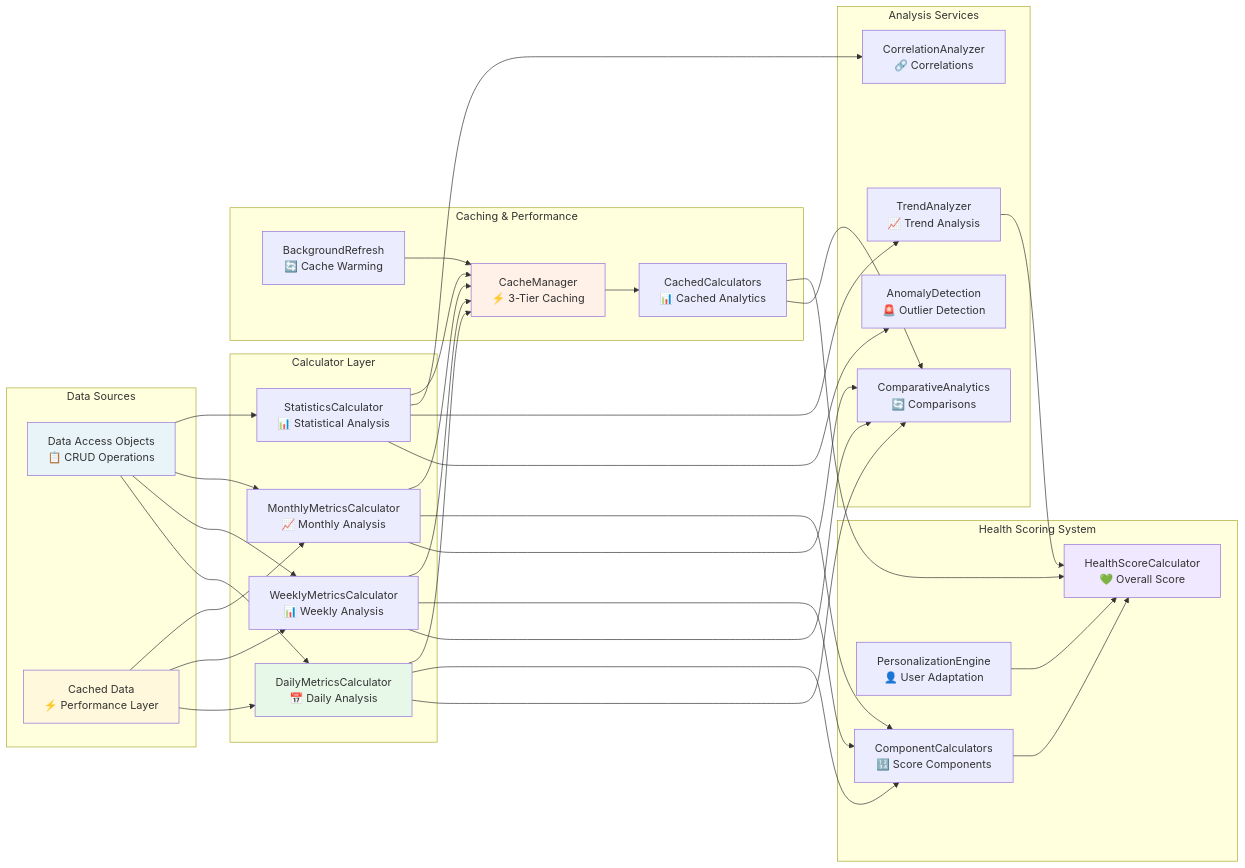
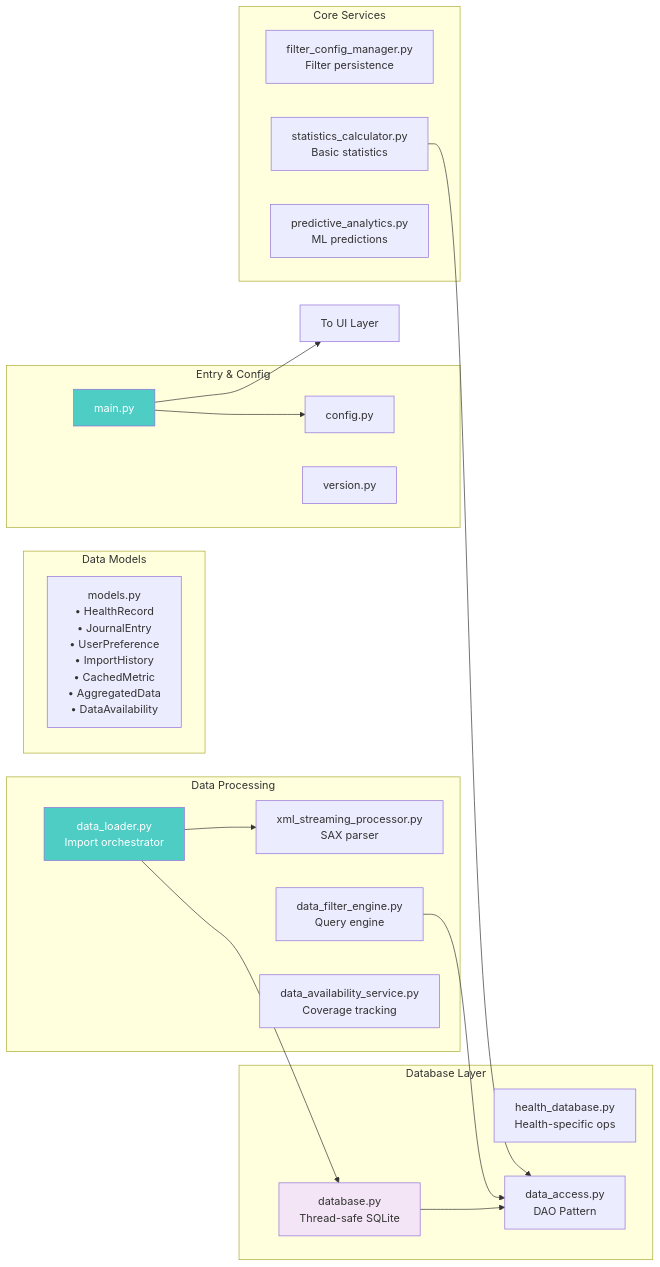
The second of 5 diagrams in docs/architecture/module_overview.md (AlexFiliakov/iQuest), drawn with Mermaid before and after one commit. The commit also changed other lines of this file and 7 other files, not shown here.

First line of the commit message:
docs: add comprehensive mermaid architecture diagrams

````diff
--- a/docs/architecture/module_overview.md
+++ b/docs/architecture/module_overview.md
@@ -165,81 +96,43 @@
 ```mermaid
 flowchart LR
-    subgraph "Data Sources"
-        DAO[Data Access Objects<br/>📋 CRUD Operations]
-        CACHE_DB[Cached Data<br/>⚡ Performance Layer]
+    subgraph "Entry & Config"
+        MAIN[main.py]
+        CONFIG[config.py]
+        VERSION[version.py]
     end
     
-    subgraph "Calculator Layer"
-        DAILY_CALC[DailyMetricsCalculator<br/>📅 Daily Analysis]
-        WEEKLY_CALC[WeeklyMetricsCalculator<br/>📊 Weekly Analysis]
-        MONTHLY_CALC[MonthlyMetricsCalculator<br/>📈 Monthly Analysis]
-        STATS_CALC[StatisticsCalculator<br/>📊 Statistical Analysis]
+    subgraph "Data Models"
+        MODELS[models.py<br/>• HealthRecord<br/>• JournalEntry<br/>• UserPreference<br/>• ImportHistory<br/>• CachedMetric<br/>• AggregatedData<br/>• DataAvailability]
     end
     
-    subgraph "Analysis Services"
-        COMP_ANALYTICS[ComparativeAnalytics<br/>🔄 Comparisons]
-        ANOM_DETECT[AnomalyDetection<br/>🚨 Outlier Detection]
-        TREND_ANALYZER[TrendAnalyzer<br/>📈 Trend Analysis]
-        CORR_ANALYZER[CorrelationAnalyzer<br/>🔗 Correlations]
+    subgraph "Database Layer"
+        DATABASE[database.py<br/>Thread-safe SQLite]
+        HEALTH_DB[health_database.py<br/>Health-specific ops]
+        DATA_ACCESS[data_access.py<br/>DAO Pattern]
     end
     
-    subgraph "Health Scoring System"
-        HEALTH_SCORE[HealthScoreCalculator<br/>💚 Overall Score]
-        COMPONENT_CALC[ComponentCalculators<br/>🔢 Score Components]
-        PERSONAL_ENGINE[PersonalizationEngine<br/>👤 User Adaptation]
+    subgraph "Data Processing"
+        LOADER[data_loader.py<br/>Import orchestrator]
+        XML_PROC[xml_streaming_processor.py<br/>SAX parser]
+        FILTER[data_filter_engine.py<br/>Query engine]
+        AVAIL[data_availability_service.py<br/>Coverage tracking]
     end
     
-    subgraph "Caching & Performance"
-        CACHE_MGR[CacheManager<br/>⚡ 3-Tier Caching]
-        CACHED_CALC[CachedCalculators<br/>📊 Cached Analytics]
-        BG_REFRESH[BackgroundRefresh<br/>🔄 Cache Warming]
+    subgraph "Core Services"
+        FILTER_MGR[filter_config_manager.py<br/>Filter persistence]
+        STATS_CALC[statistics_calculator.py<br/>Basic statistics]
+        PREDICT_CORE[predictive_analytics.py<br/>ML predictions]
     end
     
-    %% Data flow
-    DAO --> DAILY_CALC
-    DAO --> WEEKLY_CALC
-    DAO --> MONTHLY_CALC
-    DAO --> STATS_CALC
+    MAIN --> CONFIG
+    MAIN --> MAIN_WIN[To UI Layer]
+    LOADER --> XML_PROC
+    LOADER --> DATABASE
+    DATABASE --> DATA_ACCESS
+    FILTER --> DATA_ACCESS
+    STATS_CALC --> DATA_ACCESS
     
-    CACHE_DB --> DAILY_CALC
-    CACHE_DB --> WEEKLY_CALC
-    CACHE_DB --> MONTHLY_CALC
-    
-    %% Analytics processing
-    DAILY_CALC --> COMP_ANALYTICS
-    WEEKLY_CALC --> COMP_ANALYTICS
-    MONTHLY_CALC --> COMP_ANALYTICS
-    
-    STATS_CALC --> ANOM_DETECT
-    STATS_CALC --> TREND_ANALYZER
-    STATS_CALC --> CORR_ANALYZER
-    
-    %% Health scoring
-    DAILY_CALC --> COMPONENT_CALC
-    WEEKLY_CALC --> COMPONENT_CALC
-    MONTHLY_CALC --> COMPONENT_CALC
-    
-    COMPONENT_CALC --> HEALTH_SCORE
-    PERSONAL_ENGINE --> HEALTH_SCORE
-    TREND_ANALYZER --> HEALTH_SCORE
-    
-    %% Caching layer
-    DAILY_CALC --> CACHE_MGR
-    WEEKLY_CALC --> CACHE_MGR
-    MONTHLY_CALC --> CACHE_MGR
-    STATS_CALC --> CACHE_MGR
-    
-    CACHE_MGR --> CACHED_CALC
-    BG_REFRESH --> CACHE_MGR
-    
-    %% Performance optimization
-    CACHED_CALC --> COMP_ANALYTICS
-    CACHED_CALC --> HEALTH_SCORE
-    
-    %% Styling
-    style DAO fill:#e8f4f8
-    style CACHE_DB fill:#fff8dc
-    style DAILY_CALC fill:#e8f8e8
-    style HEALTH_SCORE fill:#f0e8ff
-    style CACHE_MGR fill:#fff0e8
+    style MAIN fill:#4ecdc4,color:#fff
+    style DATABASE fill:#f3e5f5
+    style LOADER fill:#4ecdc4,color:#fff
 ```
````
